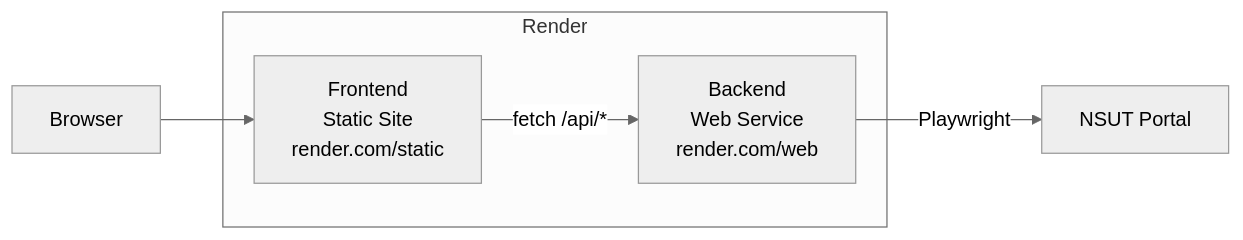
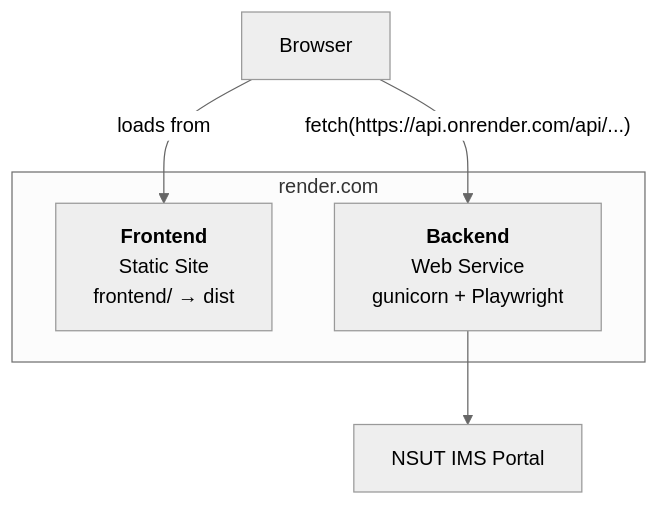
One commit to FiscalMindset/Kairon changed the second of 2 diagrams in README.md. Above: the diagram before and after it, drawn with Mermaid (neutral theme). The commit also changed other lines of this file and 1 other file, not shown here.

First line of the commit message:
Add render.yaml with both services, fix Playwright install, document common deploy mistakes

````diff
--- a/README.md
+++ b/README.md
@@ -182,10 +185,10 @@
 ```mermaid
-graph LR
-    subgraph Render
-        FS[Frontend<br/>Static Site<br/>render.com/static]
-        BS[Backend<br/>Web Service<br/>render.com/web]
+graph TB
+    subgraph Render[render.com]
+        FS[<b>Frontend</b><br/>Static Site<br/>frontend/ → dist]
+        BS[<b>Backend</b><br/>Web Service<br/>gunicorn + Playwright]
     end
-    USER[Browser] --> FS
-    FS -->|fetch /api/*| BS
-    BS -->|Playwright| NSUT[NSUT Portal]
+    USER[Browser] -- "fetch(https://api.onrender.com/api/...)" --> BS
+    USER -- "loads from" --> FS
+    BS --> NSUT[NSUT IMS Portal]
 ```
````
